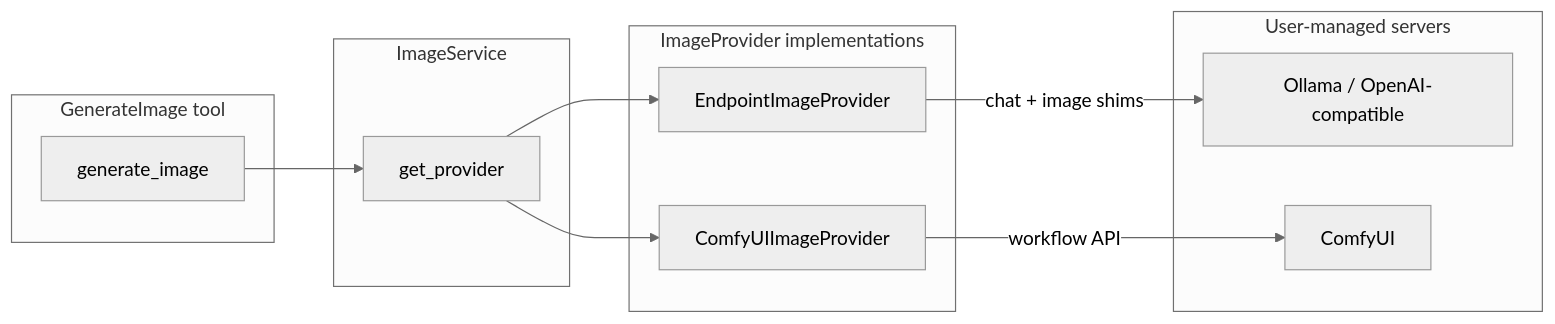
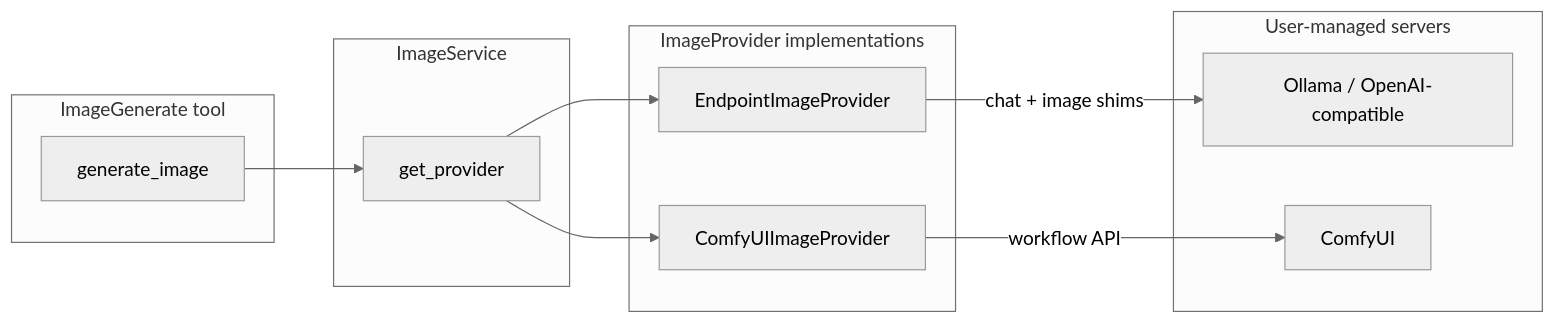
Before and after one commit to Augusto-Zolet/writeragent: the diagram in docs/diffusers-comfyui-image-backend-dev-plan.md, drawn with Mermaid (neutral theme). The commit also changed other lines of this file and 34 other files, not shown here.

Commit message:
rename classes to go along with the new tool name schema

````diff
--- a/docs/diffusers-comfyui-image-backend-dev-plan.md
+++ b/docs/diffusers-comfyui-image-backend-dev-plan.md
@@ -246,22 +246,22 @@
 ```mermaid
 flowchart LR
-  subgraph tool [GenerateImage tool]
+  subgraph tool [ImageGenerate tool]
     GI[generate_image]
   end
   subgraph svc [ImageService]
     IS[get_provider]
   end
   subgraph providers [ImageProvider implementations]
     EP[EndpointImageProvider]
     CP[ComfyUIImageProvider]
   end
   subgraph external [User-managed servers]
     OLL[Ollama / OpenAI-compatible]
     COMFY[ComfyUI]
   end
   GI --> IS
   IS --> EP
   IS --> CP
   EP -->|chat + image shims| OLL
   CP -->|workflow API| COMFY
 ```
````
